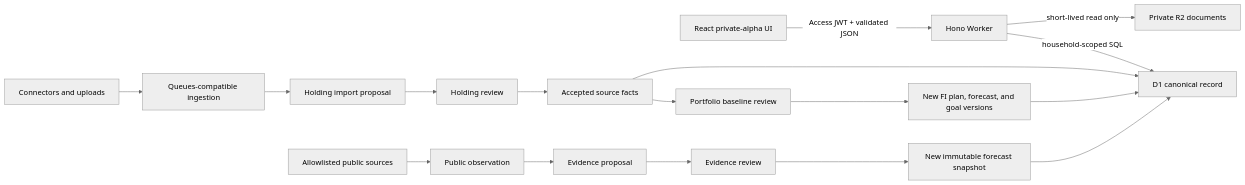
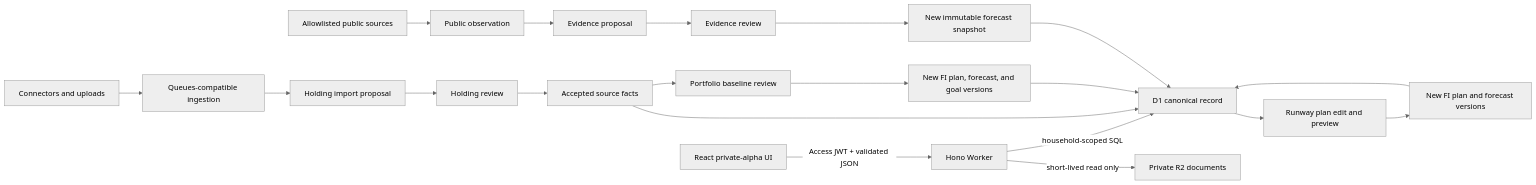
One commit to cyyapye/keel-fi changed the diagram in docs/architecture/overview.md. Above: the diagram before and after it, drawn with Mermaid (neutral theme). The commit also changed other lines of this file and 29 other files, not shown here.

Commit message:
feat: add editable runway plan inputs

````diff
--- a/docs/architecture/overview.md
+++ b/docs/architecture/overview.md
@@ -7,19 +7,22 @@
 ```mermaid
 flowchart LR
   Browser["React private-alpha UI"] -->|"Access JWT + validated JSON"| API["Hono Worker"]
   API -->|"household-scoped SQL"| D1["D1 canonical record"]
   API -->|"short-lived read only"| R2["Private R2 documents"]
   Sources["Connectors and uploads"] --> Queue["Queues-compatible ingestion"]
   Queue --> HoldingProposal["Holding import proposal"]
   HoldingProposal --> HoldingReview["Holding review"]
   HoldingReview --> AcceptedHolding["Accepted source facts"]
   AcceptedHolding --> BaselineReview["Portfolio baseline review"]
   BaselineReview --> VersionBundle["New FI plan, forecast, and goal versions"]
+  D1 --> PlanEditor["Runway plan edit and preview"]
+  PlanEditor --> PlanVersion["New FI plan and forecast versions"]
   Public["Allowlisted public sources"] --> Observation["Public observation"]
   Observation --> EvidenceProposal["Evidence proposal"]
   EvidenceProposal --> EvidenceReview["Evidence review"]
   EvidenceReview --> Snapshot["New immutable forecast snapshot"]
   AcceptedHolding --> D1
   VersionBundle --> D1
+  PlanVersion --> D1
   Snapshot --> D1
 ```
````
